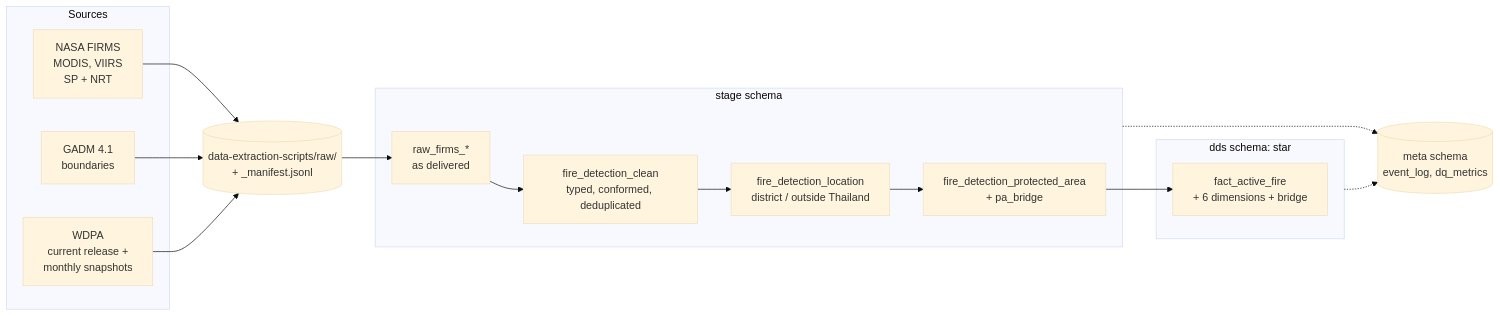
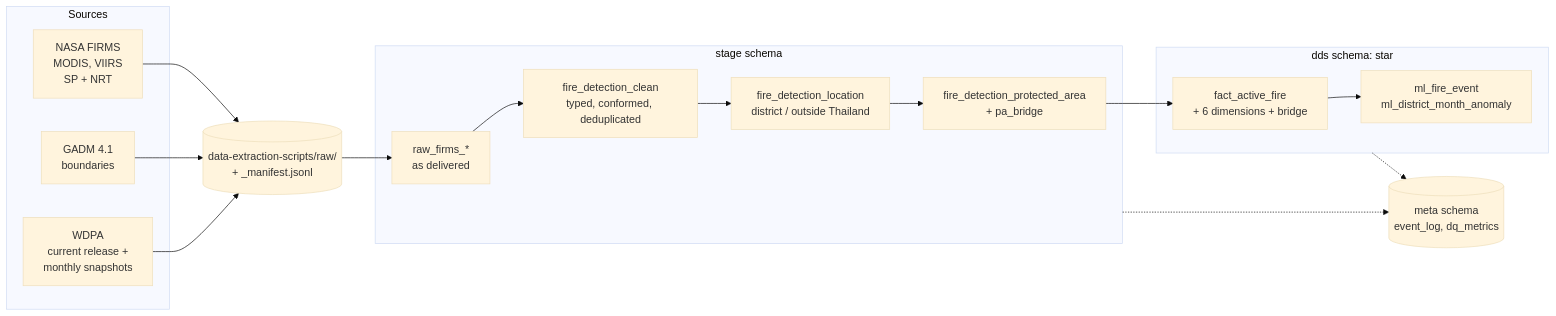
The diagram in README.md (shirajpng/fire-analysis-dwhm), drawn with Mermaid (base theme) before and after one commit. The commit also changed other lines of this file and 8 other files, not shown here.

````diff
--- a/README.md
+++ b/README.md
@@ -15,23 +15,24 @@
 ```mermaid
 flowchart LR
     subgraph sources[Sources]
         F[NASA FIRMS<br/>MODIS, VIIRS<br/>SP + NRT]
         G[GADM 4.1<br/>boundaries]
         W[WDPA<br/>current release +<br/>monthly snapshots]
     end
     R[(data-extraction-scripts/raw/<br/>+ _manifest.jsonl)]
     subgraph stage[stage schema]
         S1[raw_firms_*<br/>as delivered]
         S2[fire_detection_clean<br/>typed, conformed, deduplicated]
         S3[fire_detection_location<br/>district / outside Thailand]
         S4[fire_detection_protected_area<br/>+ pa_bridge]
     end
     subgraph dds[dds schema: star]
         D[fact_active_fire<br/>+ 6 dimensions + bridge]
+        ML[ml_fire_event<br/>ml_district_month_anomaly]
     end
     M[(meta schema<br/>event_log, dq_metrics)]
     F & G & W --> R
-    R --> S1 --> S2 --> S3 --> S4 --> D
+    R --> S1 --> S2 --> S3 --> S4 --> D --> ML
     stage -.-> M
     dds -.-> M
 ```
````
